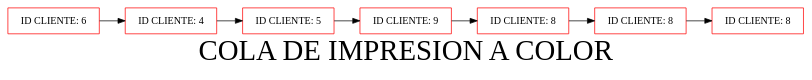
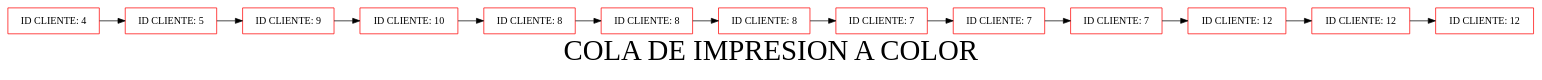
Before and after one commit to hugosmhd/EDD_UDRAWING_202002793: the diagram in colacolor.dot, drawn with Graphviz. The commit also changed 17 other files, not shown here.

```diff
--- a/colacolor.dot
+++ b/colacolor.dot
@@ -1,19 +1,31 @@
 digraph G { 
 node[shape=box, color=red];
 label="COLA DE IMPRESION A COLOR";
 fontsize = 40;
-nodo990368553[label=" ID CLIENTE: 6"]
-nodo1096979270[label=" ID CLIENTE: 4"]
-nodo1078694789[label=" ID CLIENTE: 5"]
-nodo1831932724[label=" ID CLIENTE: 9"]
-nodo1747585824[label=" ID CLIENTE: 8"]
-nodo1023892928[label=" ID CLIENTE: 8"]
-nodo558638686[label=" ID CLIENTE: 8"]
-nodo990368553 -> nodo1096979270;
-nodo1096979270 -> nodo1078694789;
-nodo1078694789 -> nodo1831932724;
-nodo1831932724 -> nodo1747585824;
-nodo1747585824 -> nodo1023892928;
-nodo1023892928 -> nodo558638686;
+nodo284720968[label=" ID CLIENTE: 4"]
+nodo189568618[label=" ID CLIENTE: 5"]
+nodo793589513[label=" ID CLIENTE: 9"]
+nodo1313922862[label=" ID CLIENTE: 10"]
+nodo495053715[label=" ID CLIENTE: 8"]
+nodo1922154895[label=" ID CLIENTE: 8"]
+nodo883049899[label=" ID CLIENTE: 8"]
+nodo2093176254[label=" ID CLIENTE: 7"]
+nodo1854731462[label=" ID CLIENTE: 7"]
+nodo317574433[label=" ID CLIENTE: 7"]
+nodo885284298[label=" ID CLIENTE: 12"]
+nodo1389133897[label=" ID CLIENTE: 12"]
+nodo1534030866[label=" ID CLIENTE: 12"]
+nodo284720968 -> nodo189568618;
+nodo189568618 -> nodo793589513;
+nodo793589513 -> nodo1313922862;
+nodo1313922862 -> nodo495053715;
+nodo495053715 -> nodo1922154895;
+nodo1922154895 -> nodo883049899;
+nodo883049899 -> nodo2093176254;
+nodo2093176254 -> nodo1854731462;
+nodo1854731462 -> nodo317574433;
+nodo317574433 -> nodo885284298;
+nodo885284298 -> nodo1389133897;
+nodo1389133897 -> nodo1534030866;
 rankdir=LR;
 } 
```
